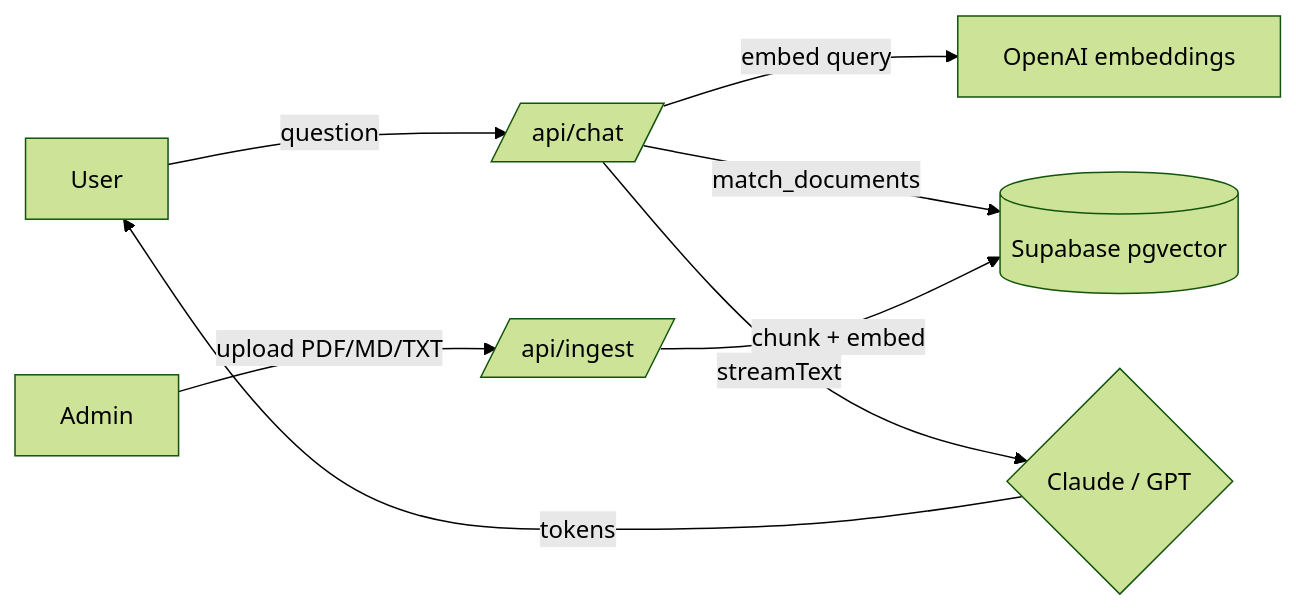
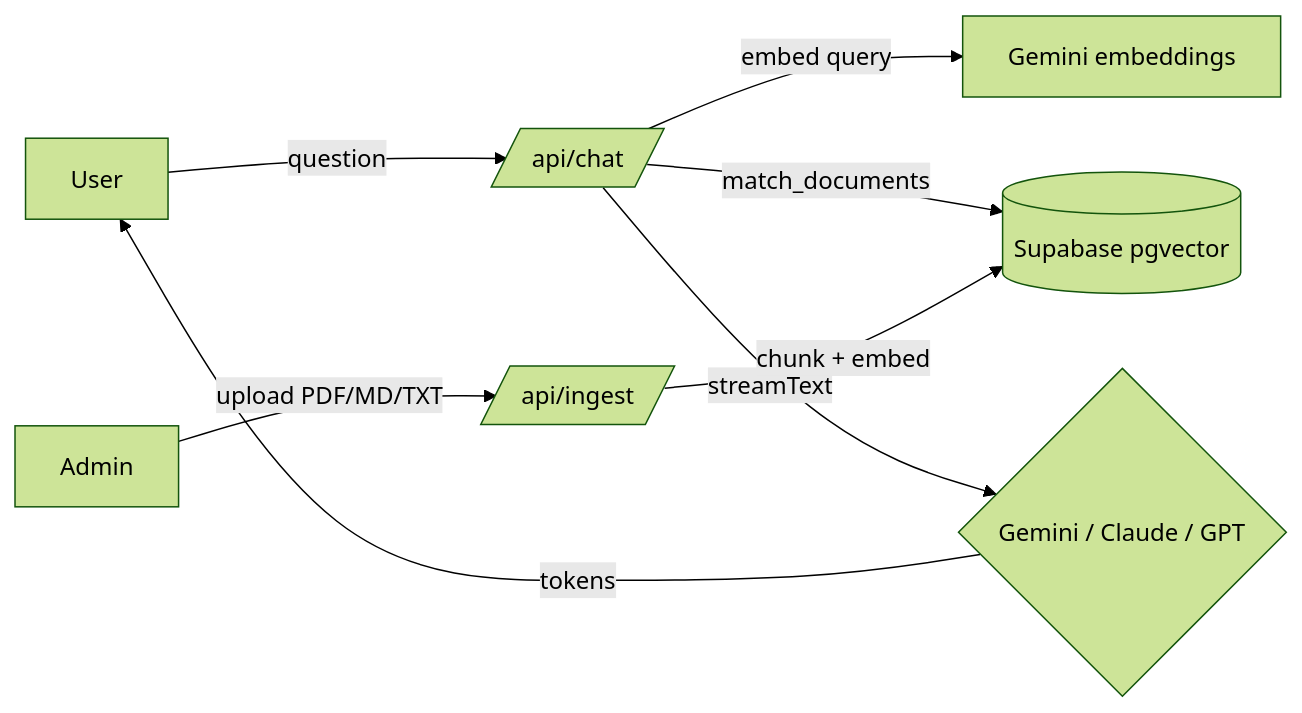
Before and after one commit to DanielTrindade/ask-me-rag: the diagram in README.md, drawn with Mermaid (forest theme). The commit also changed other lines of this file and 6 other files, not shown here.

First line of the commit message:
feat: add Google Gemini as default provider for chat and embeddings

````diff
--- a/README.md
+++ b/README.md
@@ -22,10 +23,10 @@
 ```mermaid
 flowchart LR
   U[User] -->|question| C[/api/chat/]
-  C -->|embed query| E[OpenAI embeddings]
+  C -->|embed query| E[Gemini embeddings]
   C -->|match_documents| DB[(Supabase pgvector)]
-  C -->|streamText| LLM{Claude / GPT}
+  C -->|streamText| LLM{Gemini / Claude / GPT}
   LLM -->|tokens| U
   A[Admin] -->|upload PDF/MD/TXT| I[/api/ingest/]
   I -->|chunk + embed| DB
 ```
````
